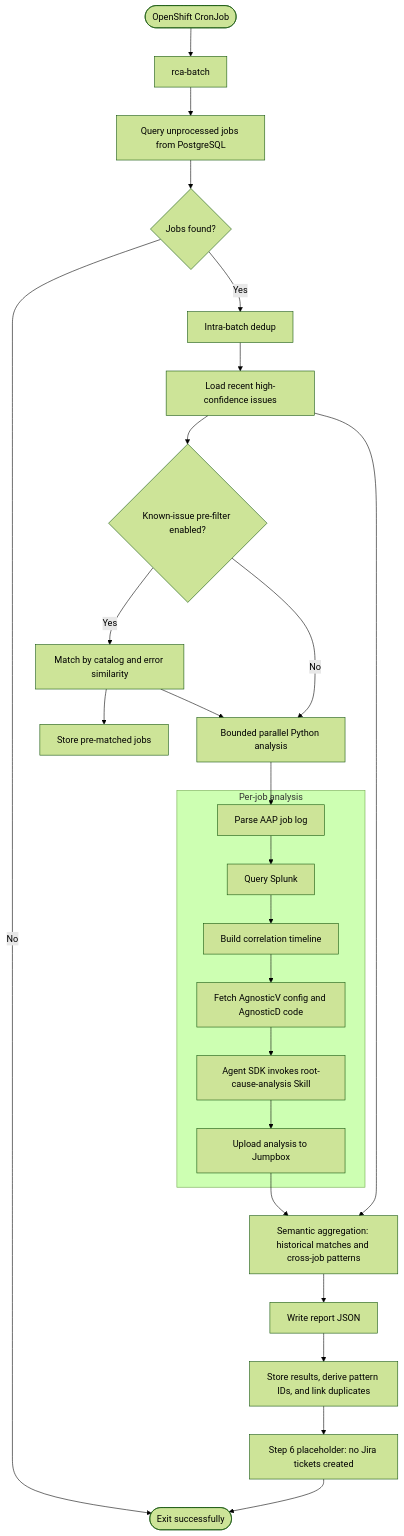
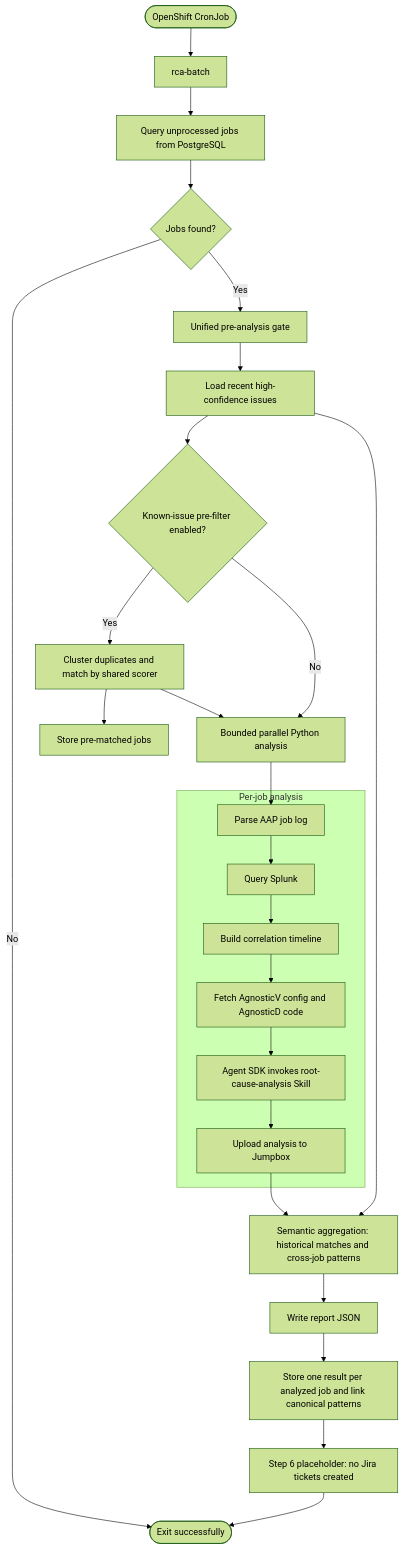
The diagram in README.md (Shreyanand/aap2-rca-agent), drawn with Mermaid (forest theme) before and after one commit. The commit also changed other lines of this file and 10 other files, not shown here.

````diff
--- a/README.md
+++ b/README.md
@@ -10,30 +10,30 @@
 ```mermaid
 flowchart TD
     Start([OpenShift CronJob]) --> Runner[rca-batch]
     Runner --> Query[Query unprocessed jobs from PostgreSQL]
     Query --> AnyJobs{Jobs found?}
     AnyJobs -- No --> Done([Exit successfully])
-    AnyJobs -- Yes --> Dedup[Intra-batch dedup]
-    Dedup --> Known[Load recent high-confidence issues]
+    AnyJobs -- Yes --> Gate[Unified pre-analysis gate]
+    Gate --> Known[Load recent high-confidence issues]
     Known --> Filter{Known-issue pre-filter enabled?}
-    Filter -- Yes --> Prefilter[Match by catalog and error similarity]
+    Filter -- Yes --> Prefilter[Cluster duplicates and match by shared scorer]
     Filter -- No --> Analysis
     Prefilter --> Matched[Store pre-matched jobs]
     Prefilter --> Analysis[Bounded parallel Python analysis]
     subgraph PerJob[Per-job analysis]
       Parse[Parse AAP job log]
       Splunk[Query Splunk]
       Correlation[Build correlation timeline]
       GitHub[Fetch AgnosticV config and AgnosticD code]
       Synthesis[Agent SDK invokes root-cause-analysis Skill]
       Upload[Upload analysis to Jumpbox]
       Parse --> Splunk --> Correlation --> GitHub --> Synthesis --> Upload
     end
     Analysis --> Parse
     Upload --> Aggregate[Semantic aggregation: historical matches and cross-job patterns]
     Known --> Aggregate
     Aggregate --> Write[Write report JSON]
-    Write --> Store[Store results, derive pattern IDs, and link duplicates]
+    Write --> Store[Store one result per analyzed job and link canonical patterns]
     Store --> Jira[Step 6 placeholder: no Jira tickets created]
     Jira --> Done
 ```
````
